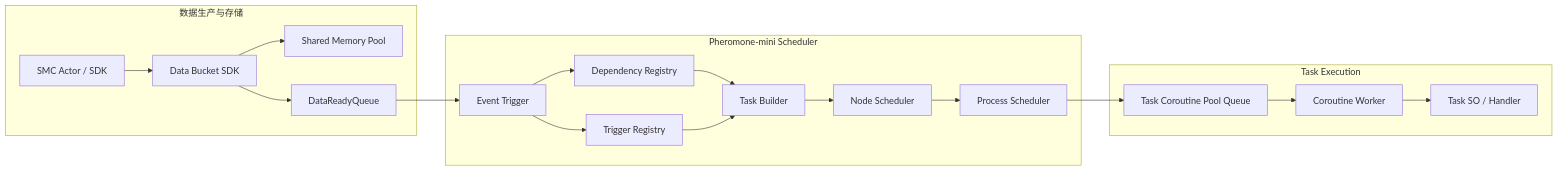
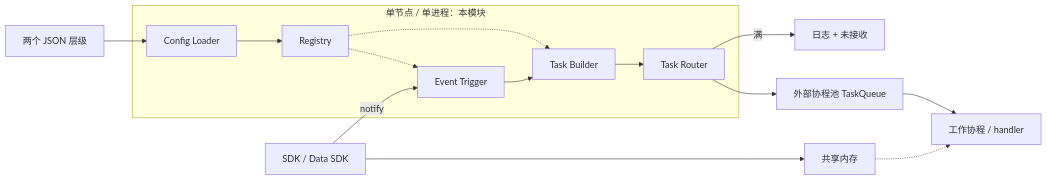
The first of 2 diagrams in docs/01-总体设计.md (10wvw01/Pheromone-mini), drawn with Mermaid before and after one commit. The commit also changed other lines of this file and 18 other files, not shown here.

First line of the commit message:
docs: V0.4 single-process scheduler design

````diff
--- a/docs/01-总体设计.md
+++ b/docs/01-总体设计.md
@@ -177,32 +89,17 @@
 ```mermaid
 flowchart LR
-    subgraph UP["数据生产与存储"]
-      ACT["SMC Actor / SDK"]
-      DS["Data Bucket SDK"]
-      SHM["Shared Memory Pool"]
-      DQ["DataReadyQueue"]
-      ACT --> DS --> SHM
-      DS --> DQ
+    SDK["SDK / Data SDK"] -->|notify| ET
+    SDK --> SHM["共享内存"]
+    JSON["两个 JSON 层级"] --> CL
+    subgraph S["单节点 / 单进程：本模块"]
+      CL["Config Loader"] --> REG["Registry"]
+      REG -.-> ET["Event Trigger"]
+      ET --> TB["Task Builder"]
+      REG -.-> TB
+      TB --> TR["Task Router"]
     end
-    subgraph SCHED["Pheromone-mini Scheduler"]
-      ET["Event Trigger"]
-      DR["Dependency Registry"]
-      TR["Trigger Registry"]
-      TB["Task Builder"]
-      NR["Node Scheduler"]
-      PR["Process Scheduler"]
-      ET --> DR
-      ET --> TR
-      DR --> TB
-      TR --> TB
-      TB --> NR --> PR
-    end
-    subgraph EXEC["Task Execution"]
-      Q["Task Coroutine Pool Queue"]
-      W["Coroutine Worker"]
-      SO["Task SO / Handler"]
-      Q --> W --> SO
-    end
-    DQ --> ET
-    PR --> Q
+    TR --> POOL["外部协程池 TaskQueue"]
+    POOL --> W["工作协程 / handler"]
+    SHM -.-> W
+    TR -->|满| LOG["日志 + 未接收"]
 ```
````
